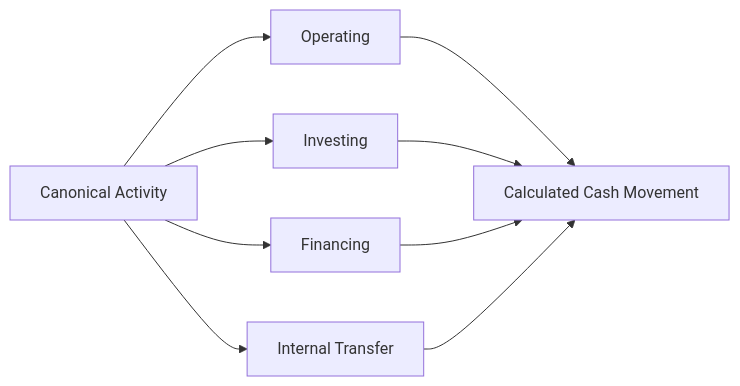
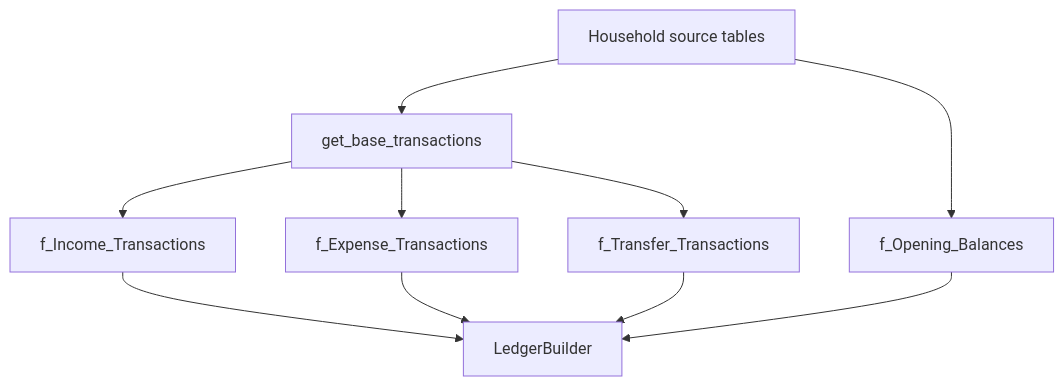
Before and after one commit to tks18/personal-finance-etl: the first of 9 diagrams in docs/finance/cashflow-and-wealth.md, drawn with Mermaid. The commit also changed other lines of this file, not shown here.

````diff
--- a/docs/finance/cashflow-and-wealth.md
+++ b/docs/finance/cashflow-and-wealth.md
@@ -196,11 +21,12 @@
 ```mermaid
-flowchart LR
-    TX["Canonical Activity"] --> O["Operating"]
-    TX --> I["Investing"]
-    TX --> F["Financing"]
-    TX --> T["Internal Transfer"]
-    O --> CALC["Calculated Cash Movement"]
-    I --> CALC
-    F --> CALC
-    T --> CALC
+flowchart TB
+    RAW[Household source tables] --> BASE[get_base_transactions]
+    BASE --> I[f_Income_Transactions]
+    BASE --> E[f_Expense_Transactions]
+    BASE --> T[f_Transfer_Transactions]
+    RAW --> O[f_Opening_Balances]
+    I --> LEDGER[LedgerBuilder]
+    E --> LEDGER
+    T --> LEDGER
+    O --> LEDGER
 ```
````
